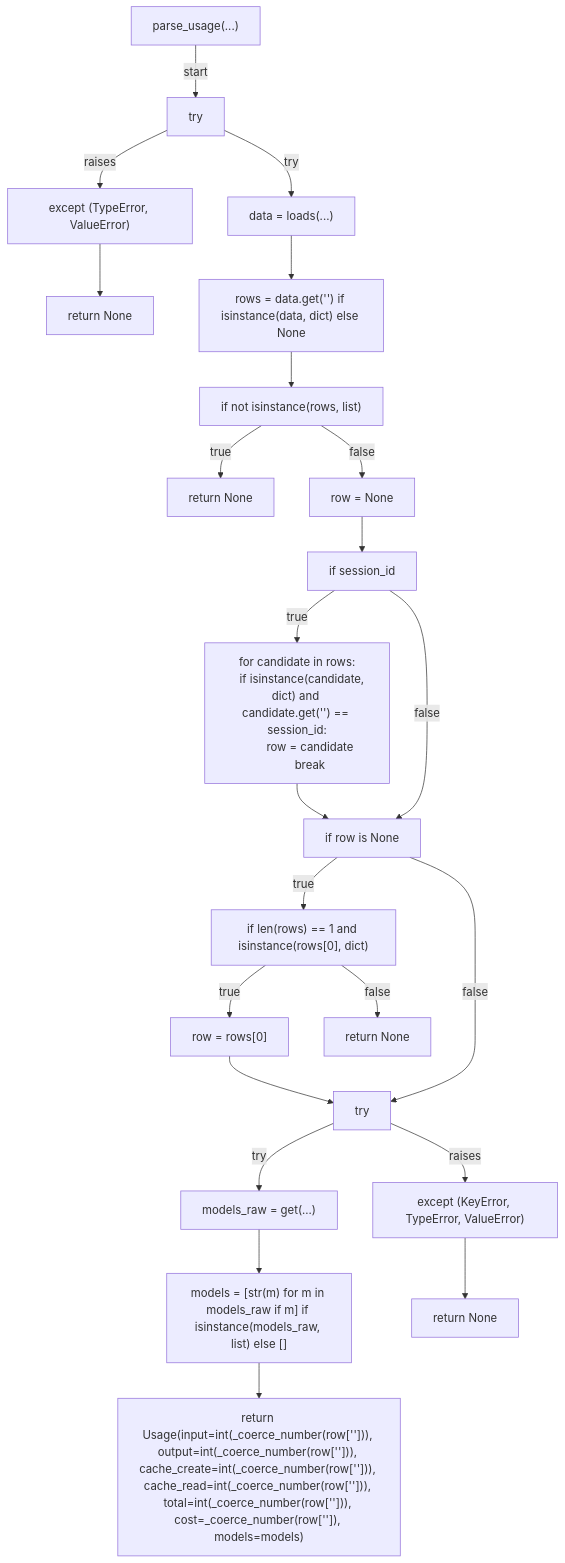
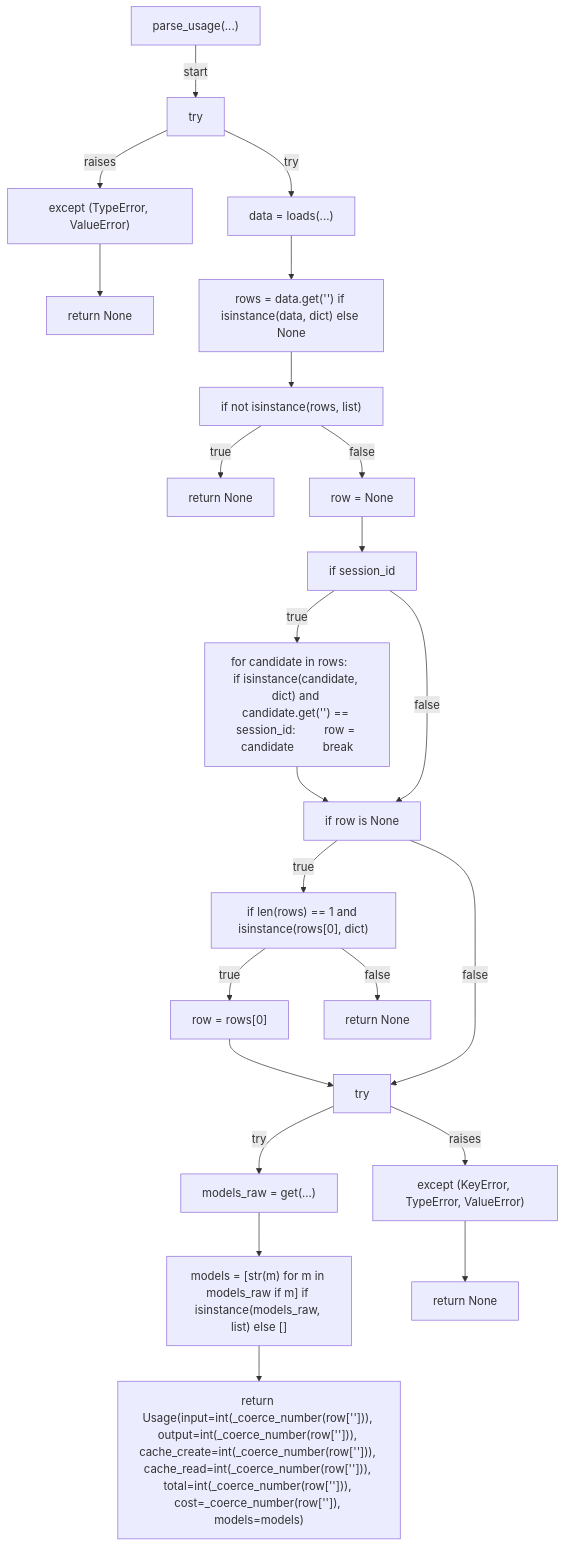
One commit to tvna/claude-md changed the third of 15 diagrams in docs/generated/scripts/ast/session_resource_report.md. Above: the diagram before and after it, drawn with Mermaid. The commit also changed other lines of this file and 23 other files, not shown here.

First line of the commit message:
docs(generated): regenerate decision tree and workflow diagrams (batch 4/5)

````diff
--- a/docs/generated/scripts/ast/session_resource_report.md
+++ b/docs/generated/scripts/ast/session_resource_report.md
@@ -53,49 +53,46 @@
 ```mermaid
 flowchart TD
     N001["parse_usage(...)"]
     N002["try"]
     N003["data = loads(...)"]
     N004["except (TypeError, ValueError)"]
     N005["return None"]
     N006["rows = data.get('<str>') if isinstance(data, dict) else None"]
     N007["if not isinstance(rows, list)"]
     N008["return None"]
     N009["row = None"]
     N010["if session_id"]
-    N011["for candidate in rows:
-    if isinstance(candidate, dict) and candidate.get('<str>') == session_id:
-        row = candidate
-        break"]
+    N011["for candidate in rows:     if isinstance(candidate, dict) and candidate.get('<str>') == session_id:         row = candidate         break"]
     N012["if row is None"]
     N013["if len(rows) == 1 and isinstance(rows[0], dict)"]
     N014["row = rows[0]"]
     N015["return None"]
     N016["try"]
     N017["models_raw = get(...)"]
     N018["models = [str(m) for m in models_raw if m] if isinstance(models_raw, list) else []"]
     N019["return Usage(input=int(_coerce_number(row['<str>'])), output=int(_coerce_number(row['<str>'])), cache_create=int(_coerce_number(row['<str>'])), cache_read=int(_coerce_number(row['<str>'])), total=int(_coerce_number(row['<str>'])), cost=_coerce_number(row['<str>']), models=models)"]
     N020["except (KeyError, TypeError, ValueError)"]
     N021["return None"]
     N001 -->|"start"| N002
     N002 -->|"try"| N003
     N002 -->|"raises"| N004
     N004 --> N005
     N003 --> N006
     N006 --> N007
     N007 -->|"true"| N008
     N007 -->|"false"| N009
     N009 --> N010
     N010 -->|"true"| N011
     N011 --> N012
     N010 -->|"false"| N012
     N012 -->|"true"| N013
     N013 -->|"true"| N014
     N013 -->|"false"| N015
     N014 --> N016
     N012 -->|"false"| N016
     N016 -->|"try"| N017
     N017 --> N018
     N018 --> N019
     N016 -->|"raises"| N020
     N020 --> N021
 ```
````
